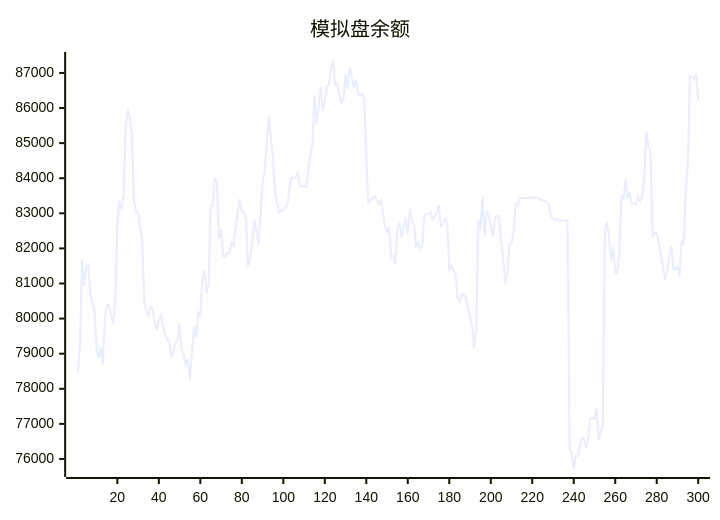
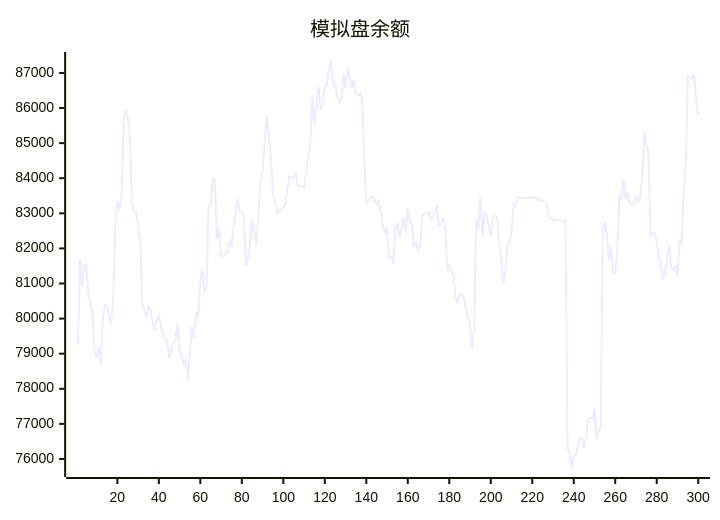
The diagram in README.md (aahl/ai-trading), drawn with Mermaid before and after one commit. The commit also changed other lines of this file and 1 other file, not shown here.

````diff
--- a/README.md
+++ b/README.md
@@ -5,5 +5,5 @@
 ```mermaid
 xychart
     title "模拟盘余额"
-    line [78478,79271,81680,80923,81488,81527,80681,80455,80190,79084,78879,79193,78686,79954,80403,80374,80118,79848,80491,82665,83351,83098,83525,85430,85983,85737,85221,83378,83014,83043,82613,82216,80477,80208,80081,80348,80277,79894,79670,79965,80093,79786,79542,79406,79371,78893,79087,79304,79406,79841,79072,78978,78696,78846,78272,79085,79787,79442,80198,80031,81120,81379,80718,80985,83214,83212,83993,83921,82270,82547,81776,81776,81866,81866,82158,82061,82596,83000,83408,83041,83050,82858,81503,81691,82188,82812,82517,82092,82901,83898,84180,85030,85781,85178,84604,83569,83298,83008,83093,83107,83175,83228,83729,84025,84017,84019,84177,83775,83762,83785,83738,84160,84639,84939,86370,85548,86046,86599,85942,86161,86622,86664,87115,87369,86666,86685,86384,86152,86243,86969,86548,87164,86885,86566,86809,86427,86348,86417,86273,84538,83299,83369,83430,83490,83404,83270,83362,83056,82605,82459,82614,81734,81788,81551,82598,82702,82320,82580,82878,82426,83139,82778,82686,82056,82166,81963,82110,82951,82983,82984,83038,82838,82915,82998,83235,82642,82682,82858,82746,81396,81512,81362,81277,80600,80461,80699,80673,80616,80288,80038,79836,79142,79722,82837,82533,83480,82366,83032,82960,82654,82330,82883,82934,82901,82188,81728,81005,81298,82110,82135,82449,83264,83203,83440,83439,83440,83440,83446,83447,83448,83447,83448,83449,83369,83369,83369,83313,83256,82872,82873,82801,82844,82785,82791,82791,82793,82794,76339,76145,75714,76110,76096,76397,76594,76585,76310,76607,77160,77170,77160,77456,76541,76774,76927,82520,82744,82337,81639,82040,81307,81314,81887,83490,83414,83984,83396,83594,83261,83287,83253,83470,83327,83465,83987,85348,84930,84786,82355,82433,82438,82167,81795,81466,81105,81315,81756,82064,81426,81398,81481,81210,82242,82099,83658,84359,86925,86892,86814,86980,86203]
+    line [79271,81680,80923,81488,81527,80681,80455,80190,79084,78879,79193,78686,79954,80403,80374,80118,79848,80491,82665,83351,83098,83525,85430,85983,85737,85221,83378,83014,83043,82613,82216,80477,80208,80081,80348,80277,79894,79670,79965,80093,79786,79542,79406,79371,78893,79087,79304,79406,79841,79072,78978,78696,78846,78272,79085,79787,79442,80198,80031,81120,81379,80718,80985,83214,83212,83993,83921,82270,82547,81776,81776,81866,81866,82158,82061,82596,83000,83408,83041,83050,82858,81503,81691,82188,82812,82517,82092,82901,83898,84180,85030,85781,85178,84604,83569,83298,83008,83093,83107,83175,83228,83729,84025,84017,84019,84177,83775,83762,83785,83738,84160,84639,84939,86370,85548,86046,86599,85942,86161,86622,86664,87115,87369,86666,86685,86384,86152,86243,86969,86548,87164,86885,86566,86809,86427,86348,86417,86273,84538,83299,83369,83430,83490,83404,83270,83362,83056,82605,82459,82614,81734,81788,81551,82598,82702,82320,82580,82878,82426,83139,82778,82686,82056,82166,81963,82110,82951,82983,82984,83038,82838,82915,82998,83235,82642,82682,82858,82746,81396,81512,81362,81277,80600,80461,80699,80673,80616,80288,80038,79836,79142,79722,82837,82533,83480,82366,83032,82960,82654,82330,82883,82934,82901,82188,81728,81005,81298,82110,82135,82449,83264,83203,83440,83439,83440,83440,83446,83447,83448,83447,83448,83449,83369,83369,83369,83313,83256,82872,82873,82801,82844,82785,82791,82791,82793,82794,76339,76145,75714,76110,76096,76397,76594,76585,76310,76607,77160,77170,77160,77456,76541,76774,76927,82520,82744,82337,81639,82040,81307,81314,81887,83490,83414,83984,83396,83594,83261,83287,83253,83470,83327,83465,83987,85348,84930,84786,82355,82433,82438,82167,81795,81466,81105,81315,81756,82064,81426,81398,81481,81210,82242,82099,83658,84359,86925,86892,86814,86980,86203,85802]
 ```
````
